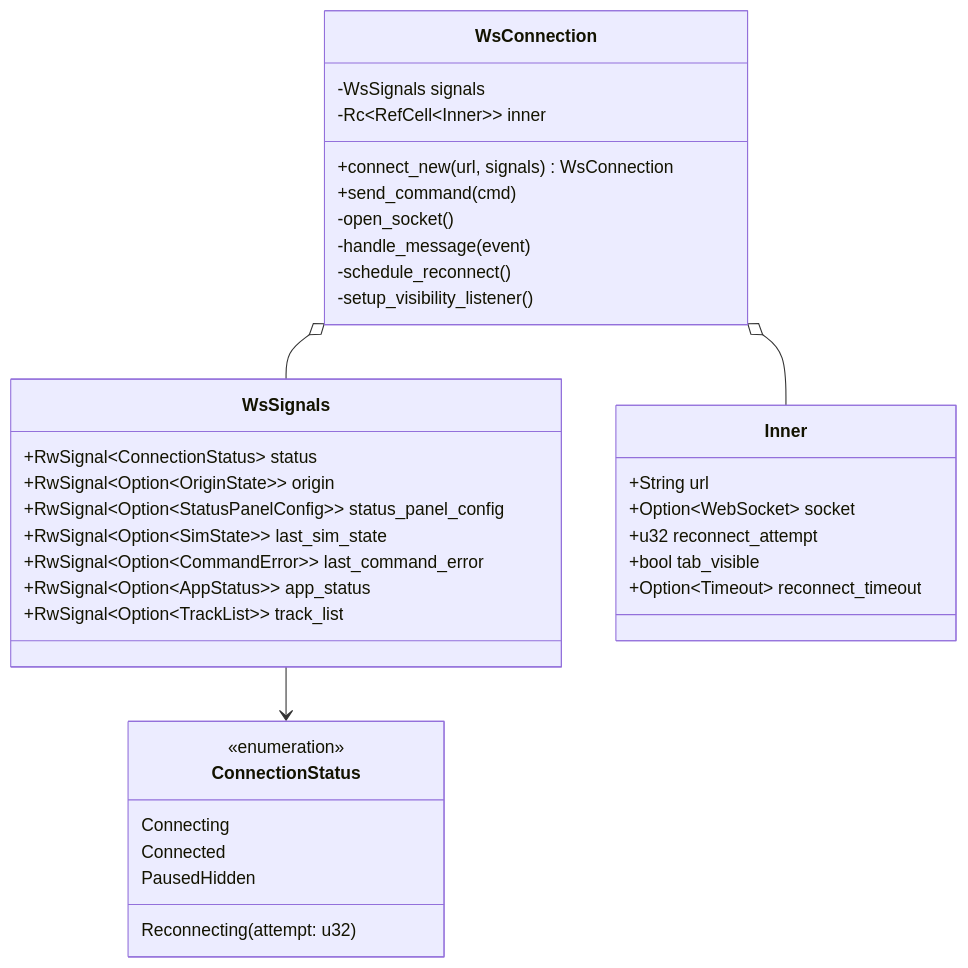
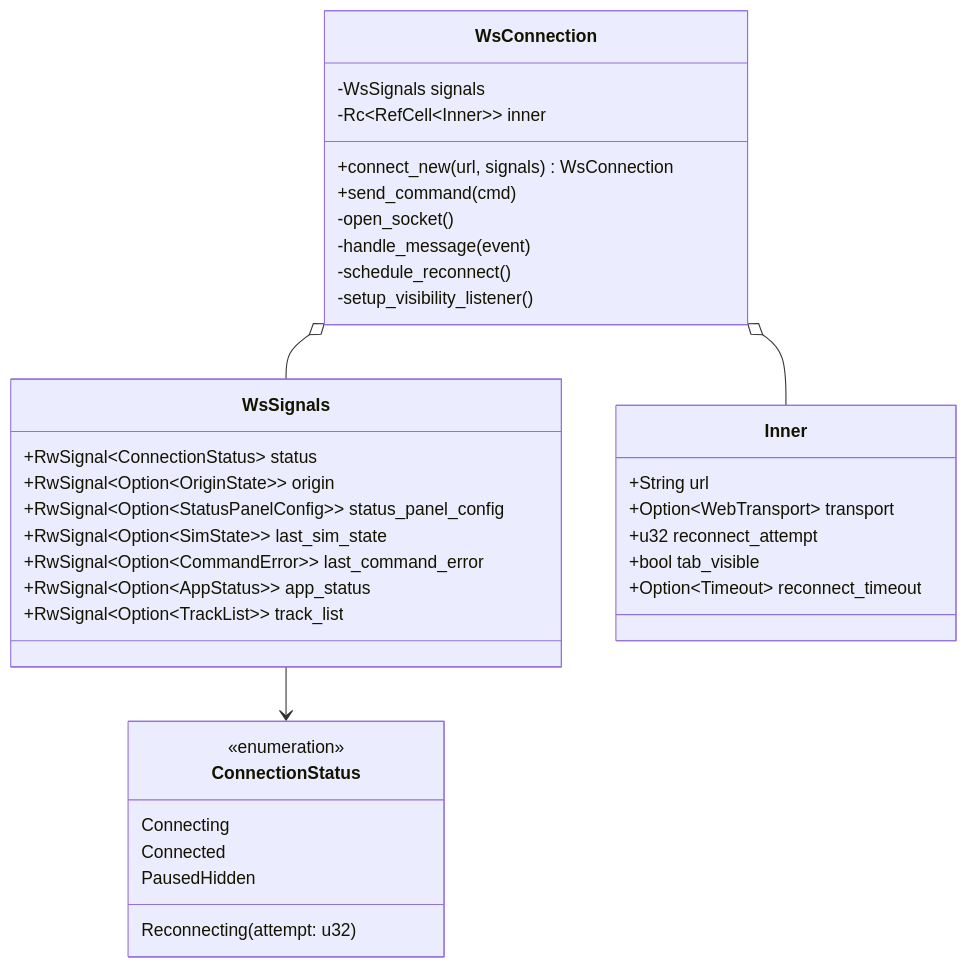
One commit to ham1a6/SimulationView changed the ninth of 11 diagrams in sample/docs/DETAILED_DESIGN.md. Above: the diagram before and after it, drawn with Mermaid. The commit also changed other lines of this file and 25 other files, not shown here.

````diff
--- a/sample/docs/DETAILED_DESIGN.md
+++ b/sample/docs/DETAILED_DESIGN.md
@@ -514,40 +506,40 @@
 ```mermaid
 classDiagram
     class WsSignals {
         +RwSignal~ConnectionStatus~ status
         +RwSignal~Option~OriginState~~ origin
         +RwSignal~Option~StatusPanelConfig~~ status_panel_config
         +RwSignal~Option~SimState~~ last_sim_state
         +RwSignal~Option~CommandError~~ last_command_error
         +RwSignal~Option~AppStatus~~ app_status
         +RwSignal~Option~TrackList~~ track_list
     }
     class WsConnection {
         -WsSignals signals
         -Rc~RefCell~Inner~~ inner
         +connect_new(url, signals) WsConnection
         +send_command(cmd)
         -open_socket()
         -handle_message(event)
         -schedule_reconnect()
         -setup_visibility_listener()
     }
     class Inner {
         +String url
-        +Option~WebSocket~ socket
+        +Option~WebTransport~ transport
         +u32 reconnect_attempt
         +bool tab_visible
         +Option~Timeout~ reconnect_timeout
     }
     class ConnectionStatus {
         <<enumeration>>
         Connecting
         Connected
         Reconnecting(attempt: u32)
         PausedHidden
     }
 
     WsConnection o-- WsSignals
     WsConnection o-- Inner
     WsSignals --> ConnectionStatus
 ```
````
